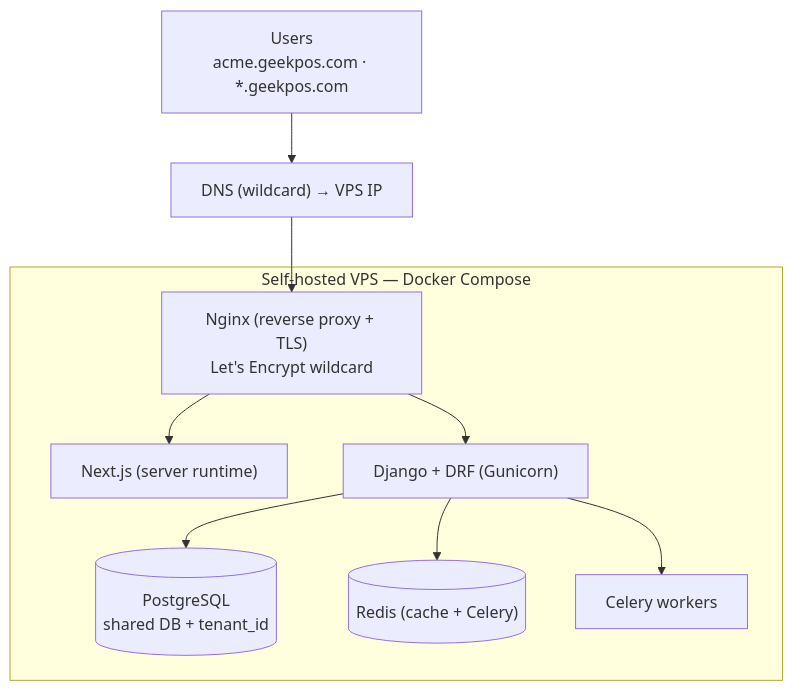
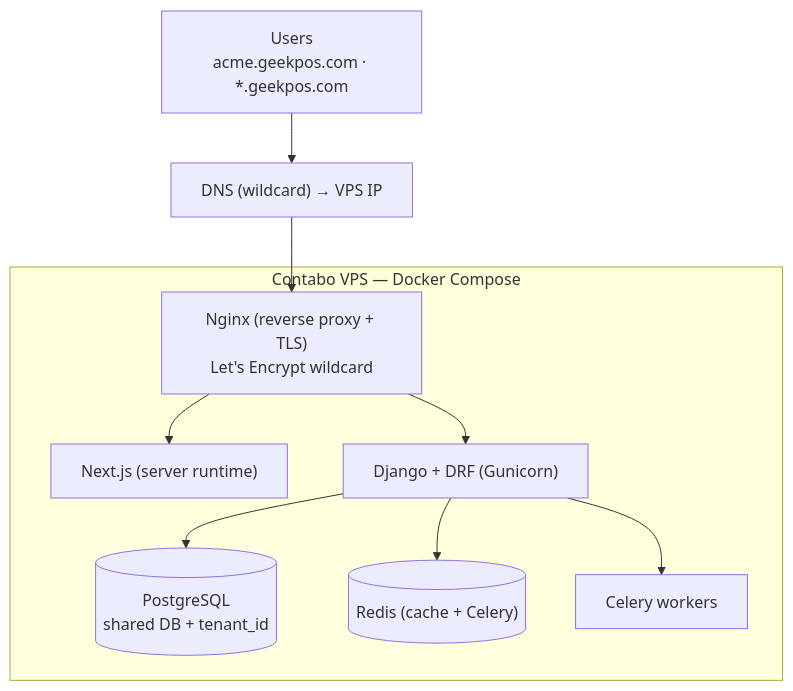
One commit to MusfiqDehan/PoS-ERP-System-Frontend changed the third of 3 diagrams in README.md. Above: the diagram before and after it, drawn with Mermaid. The commit also changed other lines of this file and 1 other file, not shown here.

Commit message:
docs: lock hosting decision to Contabo VPS with provider-specific guidance

````diff
--- a/README.md
+++ b/README.md
@@ -322,12 +322,12 @@
 ```mermaid
 graph TD
     U["Users<br/>acme.geekpos.com · *.geekpos.com"] --> DNS["DNS (wildcard) → VPS IP"]
     DNS --> NG["Nginx (reverse proxy + TLS)<br/>Let's Encrypt wildcard"]
-    subgraph VPS["Self-hosted VPS — Docker Compose"]
+    subgraph VPS["Contabo VPS — Docker Compose"]
       NG --> FE["Next.js (server runtime)"]
       NG --> API["Django + DRF (Gunicorn)"]
       API --> PG[("PostgreSQL<br/>shared DB + tenant_id")]
       API --> RD[("Redis (cache + Celery)")]
       API --> CEL["Celery workers"]
     end
 ```
````
